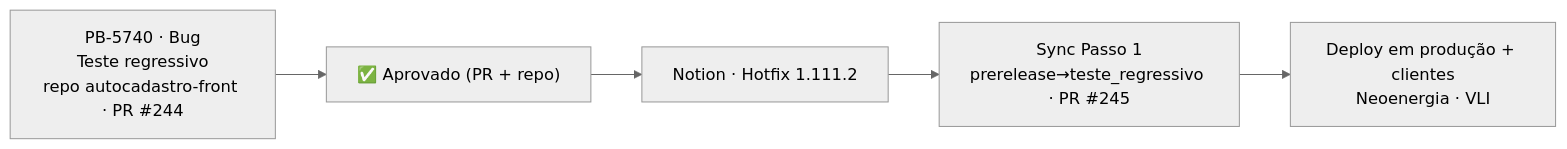
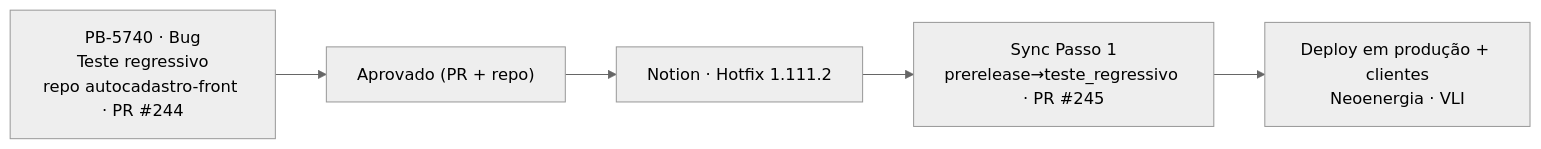
Before and after one commit to BertoRcsb/workflow-automation-management: the tenth of 11 diagrams in docs/APRESENTACAO.md, drawn with Mermaid (neutral theme). The commit also changed other lines of this file and 35 other files, not shown here.

First line of the commit message:
docs(apresentacao): export Mermaid diagrams to SVG/PNG and drop emojis

````diff
--- a/docs/APRESENTACAO.md
+++ b/docs/APRESENTACAO.md
@@ -235,7 +235,7 @@
 ```mermaid
 flowchart LR
-    Card["PB-5740 · Bug<br>Teste regressivo<br>repo autocadastro-front · PR #244"] --> Val["✅ Aprovado (PR + repo)"]
+    Card["PB-5740 · Bug<br>Teste regressivo<br>repo autocadastro-front · PR #244"] --> Val["Aprovado (PR + repo)"]
     Val --> Not["Notion · Hotfix 1.111.2"]
     Not --> S1["Sync Passo 1<br>prerelease→teste_regressivo · PR #245"]
     S1 --> Dep["Deploy em produção + clientes<br>Neoenergia · VLI"]
 ```
````
